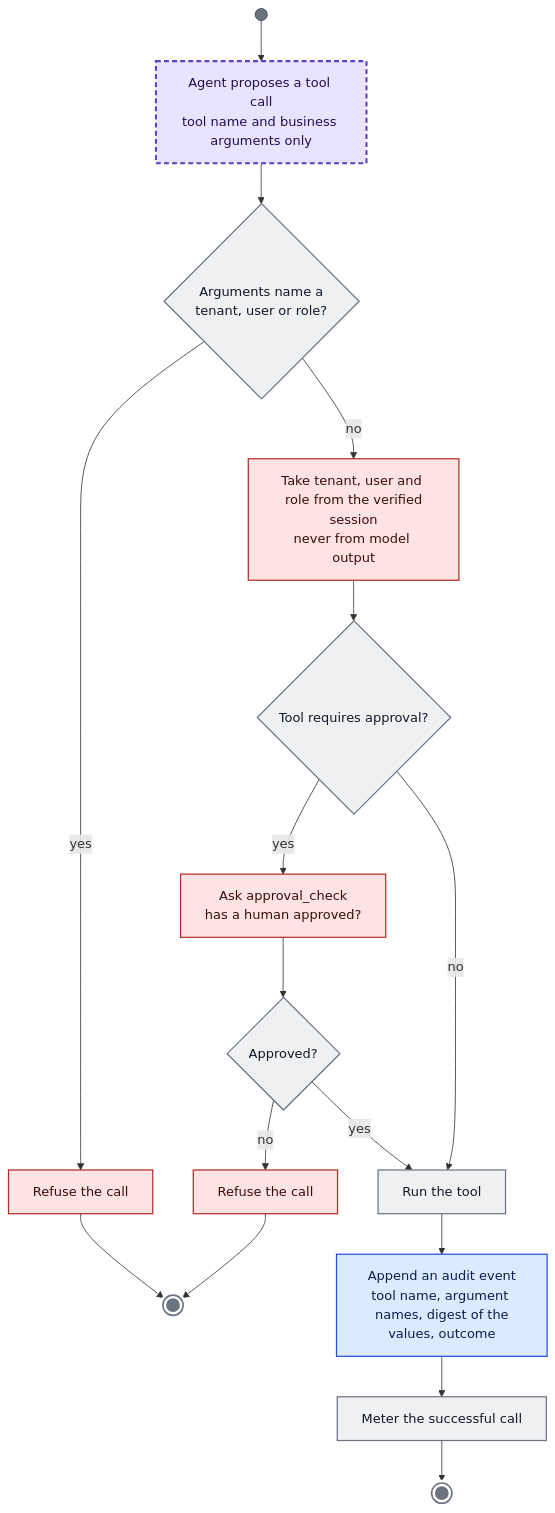
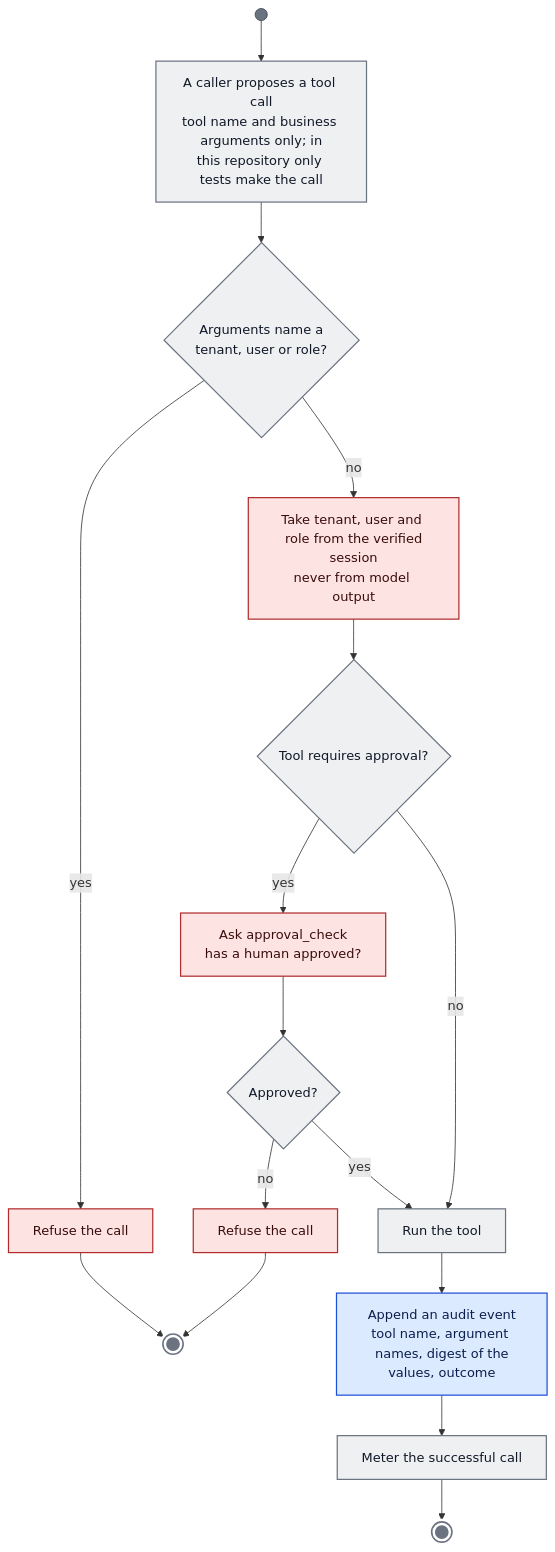
The sixth of 33 diagrams in docs/architecture/activity-diagrams.md (emre-akarsu/ai-commerce-ideas), drawn with Mermaid before and after one commit. The commit also changed other lines of this file, not shown here.

First line of the commit message:
docs: correct the activity diagrams after an independent fact-check of the remaining modules and optimizations

````diff
--- a/docs/architecture/activity-diagrams.md
+++ b/docs/architecture/activity-diagrams.md
@@ -208,26 +218,26 @@
 ```mermaid
 flowchart TB
 classDef human fill:#ffe9b3,stroke:#8a5a00,color:#2a1c00,stroke-width:1.5px
 classDef rule fill:#eef0f2,stroke:#6b7280,color:#111827,stroke-width:1.5px
 classDef ai fill:#e9e3ff,stroke:#5b3fc4,color:#1e1050,stroke-width:2.5px,stroke-dasharray:6 4
 classDef opt fill:#d8f3e4,stroke:#1b7a4a,color:#0b2e1b,stroke-width:1.5px
 classDef gate fill:#fde3e1,stroke:#b02b2b,color:#3a0d0d,stroke-width:1.5px
 classDef data fill:#dbeafe,stroke:#1d4ed8,color:#0b1f4d,stroke-width:1.5px
 classDef bar fill:#6b7280,stroke:#374151,color:#ffffff
 classDef fin fill:#6b7280,stroke:#ffffff,color:#ffffff,stroke-width:3px
-S((" ")):::bar --> t1["Agent proposes a tool call<br/>tool name and business arguments only"]:::ai
+S((" ")):::bar --> t1["A caller proposes a tool call<br/>tool name and business arguments only; in<br/>this repository only tests make the call"]:::rule
 t1 --> d1{"Arguments name a<br/>tenant, user or role?"}:::rule
 d1 -->|"yes"| r1["Refuse the call"]:::gate
 r1 --> E1(((" "))):::fin
 d1 -->|"no"| t2["Take tenant, user and role from the verified<br/>session<br/>never from model output"]:::gate
 t2 --> d2{"Tool requires approval?"}:::rule
 d2 -->|"yes"| t3["Ask approval_check<br/>has a human approved?"]:::gate
 t3 --> d3{"Approved?"}:::rule
 d3 -->|"no"| r2["Refuse the call"]:::gate
 r2 --> E1
 d3 -->|"yes"| t4
 d2 -->|"no"| t4["Run the tool"]:::rule
 t4 --> t5["Append an audit event<br/>tool name, argument names, digest of the<br/>values, outcome"]:::data
 t5 --> t6["Meter the successful call"]:::rule
 t6 --> E2(((" "))):::fin
 ```
````
